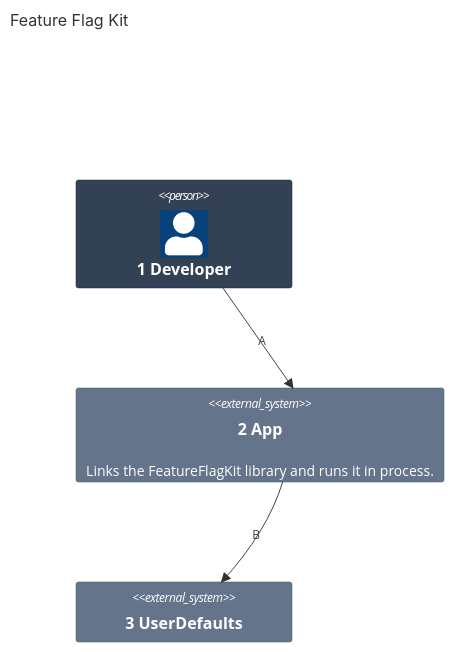
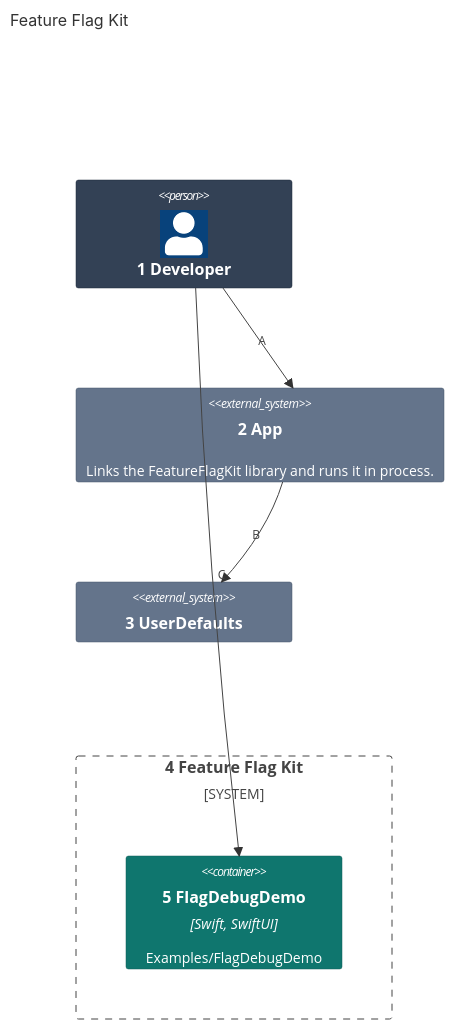
The first of 2 diagrams in docs/architecture/02-containers.md (may-journal/feature-flag-kit), drawn with Mermaid before and after one commit. The commit also changed other lines of this file and 30 other files, not shown here.

First line of the commit message:
feat(ui): SwiftUI flag wrapper and debug screen (#8)

````diff
--- a/docs/architecture/02-containers.md
+++ b/docs/architecture/02-containers.md
@@ -5,16 +5,22 @@
 ```mermaid
 C4Container
     title Feature Flag Kit
 
     Person(developer, "1 Developer")
 
     System_Ext(app, "2 App", "Links the FeatureFlagKit library and runs it in process.")
     System_Ext(defaults, "3 UserDefaults")
 
+    System_Boundary(kit, "4 Feature Flag Kit") {
+        Container(demo, "5 FlagDebugDemo", "Swift, SwiftUI", "Examples/FlagDebugDemo")
+    }
+
     Rel(developer, app, "A")
     Rel(app, defaults, "B")
+    Rel(developer, demo, "C")
 
     UpdateElementStyle(developer, $bgColor="#334155", $borderColor="#1e293b", $fontColor="#ffffff")
     UpdateElementStyle(app, $bgColor="#64748b", $borderColor="#475569", $fontColor="#ffffff")
     UpdateElementStyle(defaults, $bgColor="#64748b", $borderColor="#475569", $fontColor="#ffffff")
+    UpdateElementStyle(demo, $bgColor="#0f766e", $borderColor="#115e59", $fontColor="#ffffff")
 ```
````
